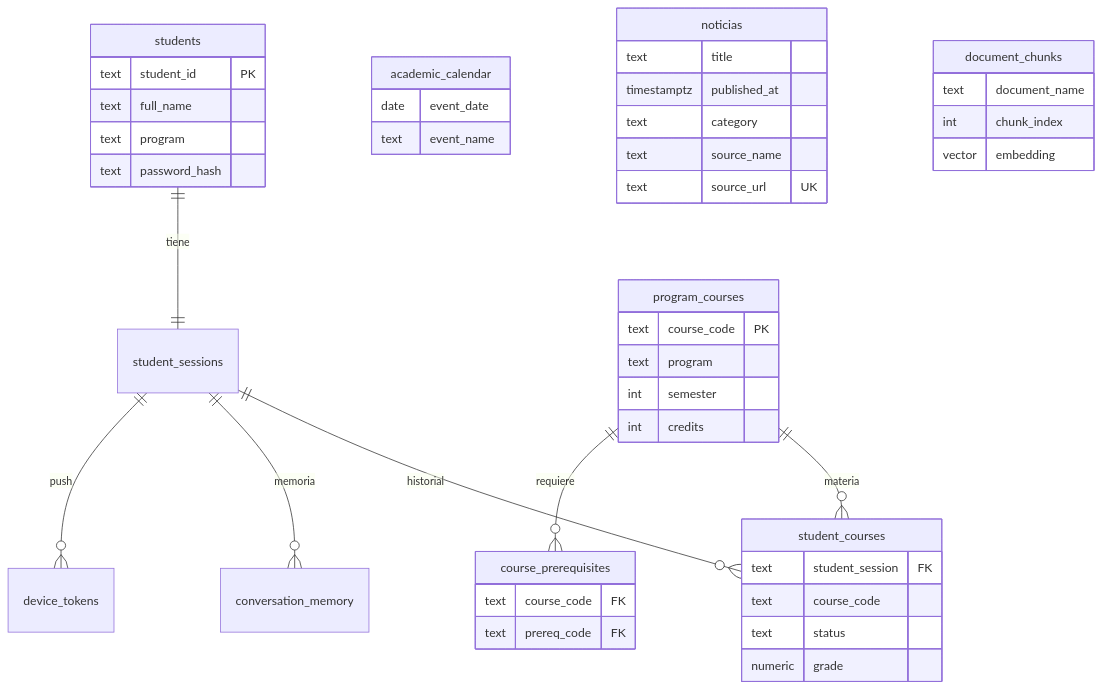
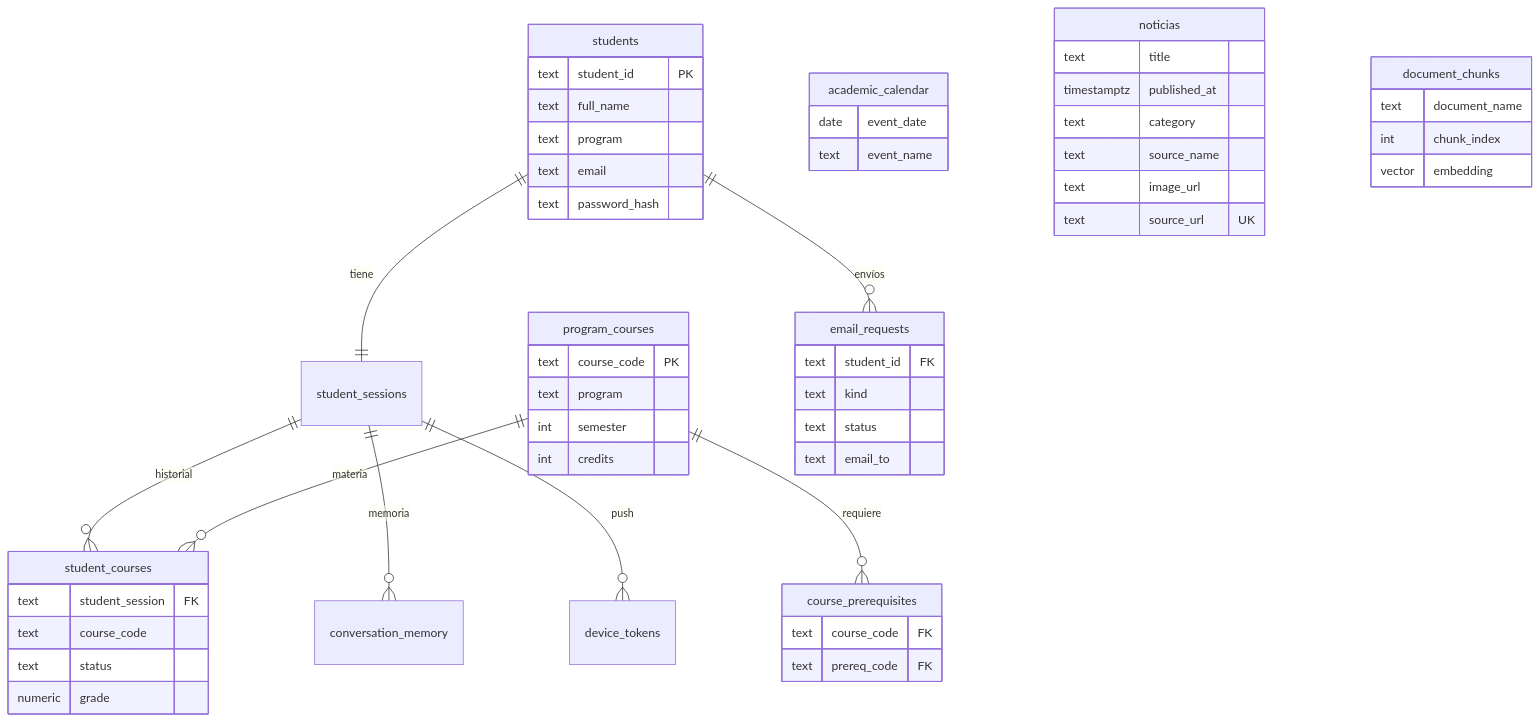
Before and after one commit to JorgeLuquetta/Chatbot-UNAB: the second of 2 diagrams in README.md, drawn with Mermaid. The commit also changed other lines of this file and 35 other files, not shown here.

````diff
--- a/README.md
+++ b/README.md
@@ -192,47 +246,56 @@
 ```mermaid
 erDiagram
   students ||--|| student_sessions : "tiene"
   student_sessions ||--o{ student_courses : "historial"
   program_courses ||--o{ student_courses : "materia"
   program_courses ||--o{ course_prerequisites : "requiere"
   student_sessions ||--o{ conversation_memory : "memoria"
   student_sessions ||--o{ device_tokens : "push"
+  students ||--o{ email_requests : "envíos"
   students {
     text student_id PK
     text full_name
     text program
+    text email
     text password_hash
+  }
+  email_requests {
+    text student_id FK
+    text kind
+    text status
+    text email_to
   }
   program_courses {
     text course_code PK
     text program
     int semester
     int credits
   }
   course_prerequisites {
     text course_code FK
     text prereq_code FK
   }
   student_courses {
     text student_session FK
     text course_code
     text status
     numeric grade
   }
   academic_calendar {
     date event_date
     text event_name
   }
   noticias {
     text title
     timestamptz published_at
     text category
     text source_name
+    text image_url
     text source_url UK
   }
   document_chunks {
     text document_name
     int chunk_index
     vector embedding
   }
 ```
````
